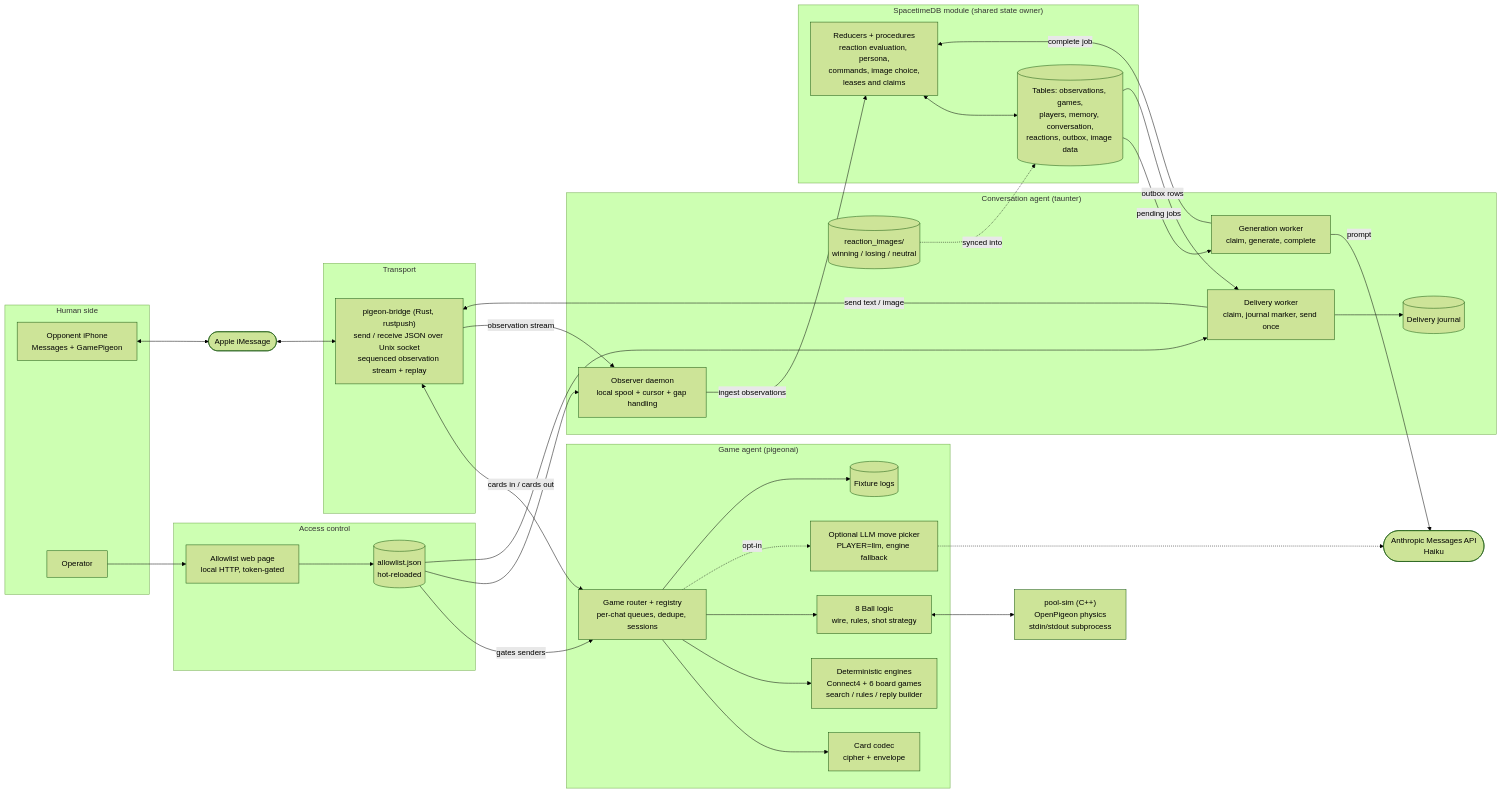
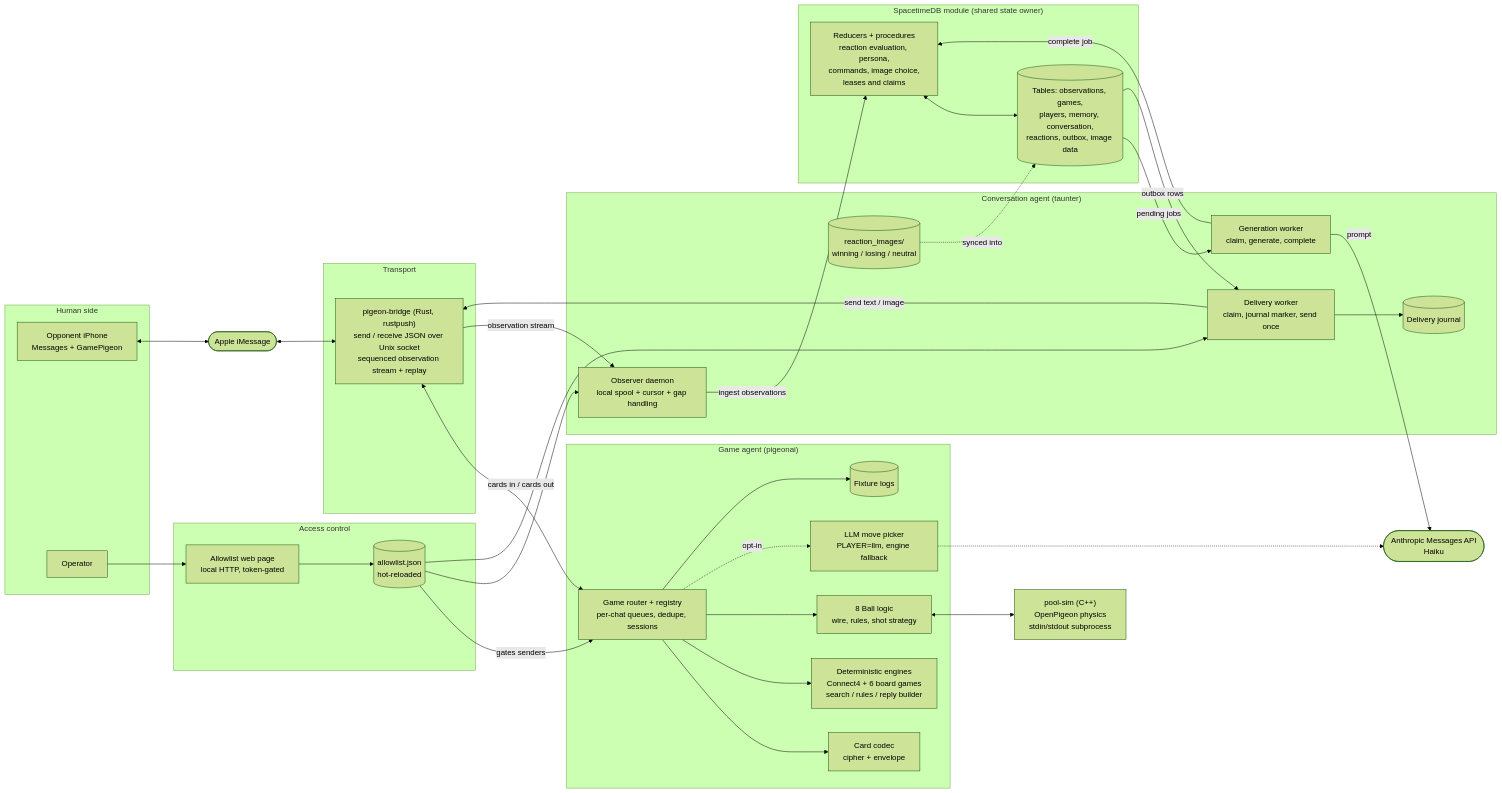
The diagram in README.md (forestq24/PhotonPigeon), drawn with Mermaid (forest theme) before and after one commit. The commit also changed other lines of this file and 14 other files, not shown here.

````diff
--- a/README.md
+++ b/README.md
@@ -56,69 +46,69 @@
 ```mermaid
 flowchart LR
   subgraph Human["Human side"]
     Phone["Opponent iPhone<br/>Messages + GamePigeon"]
     Admin["Operator"]
   end
 
   Apple(["Apple iMessage"])
 
   subgraph Transport["Transport"]
     Bridge["pigeon-bridge (Rust, rustpush)<br/>send / receive JSON over Unix socket<br/>sequenced observation stream + replay"]
   end
 
   subgraph Allow["Access control"]
     AllowFile[("allowlist.json<br/>hot-reloaded")]
     AllowUI["Allowlist web page<br/>local HTTP, token-gated"]
   end
 
   subgraph GameAgent["Game agent (pigeonai)"]
     Codec["Card codec<br/>cipher + envelope"]
     Router["Game router + registry<br/>per-chat queues, dedupe, sessions"]
     Engines["Deterministic engines<br/>Connect4 + 6 board games<br/>search / rules / reply builder"]
     PoolLogic["8 Ball logic<br/>wire, rules, shot strategy"]
-    LLMPick["Optional LLM move picker<br/>PLAYER=llm, engine fallback"]
+    LLMPick["LLM move picker<br/>PLAYER=llm, engine fallback"]
     Fixtures[("Fixture logs")]
   end
 
   PoolSim["pool-sim (C++)<br/>OpenPigeon physics<br/>stdin/stdout subprocess"]
 
   subgraph Taunter["Conversation agent (taunter)"]
     Observer["Observer daemon<br/>local spool + cursor + gap handling"]
     GenWorker["Generation worker<br/>claim, generate, complete"]
     DelWorker["Delivery worker<br/>claim, journal marker, send once"]
     Journal[("Delivery journal")]
     Images[("reaction_images/<br/>winning / losing / neutral")]
   end
 
   subgraph STDB["SpacetimeDB module (shared state owner)"]
     Logic["Reducers + procedures<br/>reaction evaluation, persona,<br/>commands, image choice,<br/>leases and claims"]
     Tables[("Tables: observations, games,<br/>players, memory, conversation,<br/>reactions, outbox, image data")]
   end
 
   Anthropic(["Anthropic Messages API<br/>Haiku"])
 
   Phone <--> Apple <--> Bridge
   Bridge <-->|"cards in / cards out"| Router
   Router --> Codec
   Router --> Engines
   Router --> PoolLogic
   PoolLogic <--> PoolSim
   Router -.->|"opt-in"| LLMPick
   LLMPick -.-> Anthropic
   Router --> Fixtures
   AllowFile -->|"gates senders"| Router
   AllowFile --> Observer
   AllowFile --> DelWorker
   Admin --> AllowUI --> AllowFile
 
   Bridge -->|"observation stream"| Observer
   Observer -->|"ingest observations"| Logic
   Logic <--> Tables
   Tables -->|"pending jobs"| GenWorker
   GenWorker -->|"prompt"| Anthropic
   GenWorker -->|"complete job"| Logic
   Tables -->|"outbox rows"| DelWorker
   DelWorker --> Journal
   DelWorker -->|"send text / image"| Bridge
   Images -.->|"synced into"| Tables
 ```
````
